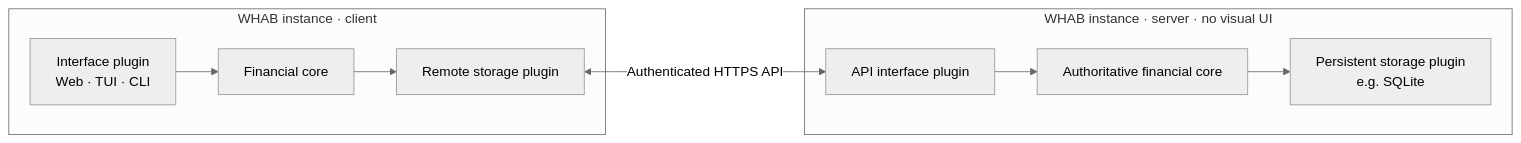
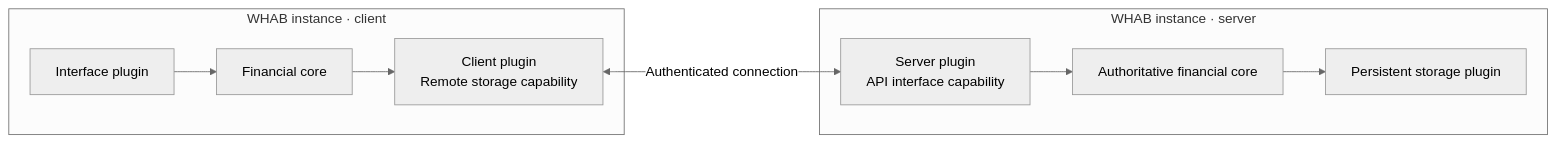
Before and after one commit to Fillll/whab: the second of 2 diagrams in README.md, drawn with Mermaid (neutral theme). The commit also changed other lines of this file and 51 other files, not shown here.

````diff
--- a/README.md
+++ b/README.md
@@ -56,12 +51,12 @@
 ```mermaid
 flowchart LR
     subgraph Client["WHAB instance · client"]
-        UI["Interface plugin<br/>Web · TUI · CLI"] --> ClientCore["Financial core"]
-        ClientCore --> Remote["Remote storage plugin"]
+        UI["Interface plugin"] --> ClientCore["Financial core"]
+        ClientCore --> Remote["Client plugin<br/>Remote storage capability"]
     end
-    subgraph Server["WHAB instance · server · no visual UI"]
-        API["API interface plugin"] --> ServerCore["Authoritative financial core"]
-        ServerCore --> Store["Persistent storage plugin<br/>e.g. SQLite"]
+    subgraph Server["WHAB instance · server"]
+        API["Server plugin<br/>API interface capability"] --> ServerCore["Authoritative financial core"]
+        ServerCore --> Store["Persistent storage plugin"]
     end
-    Remote <-->|Authenticated HTTPS API| API
+    Remote <-->|Authenticated connection| API
 ```
````
